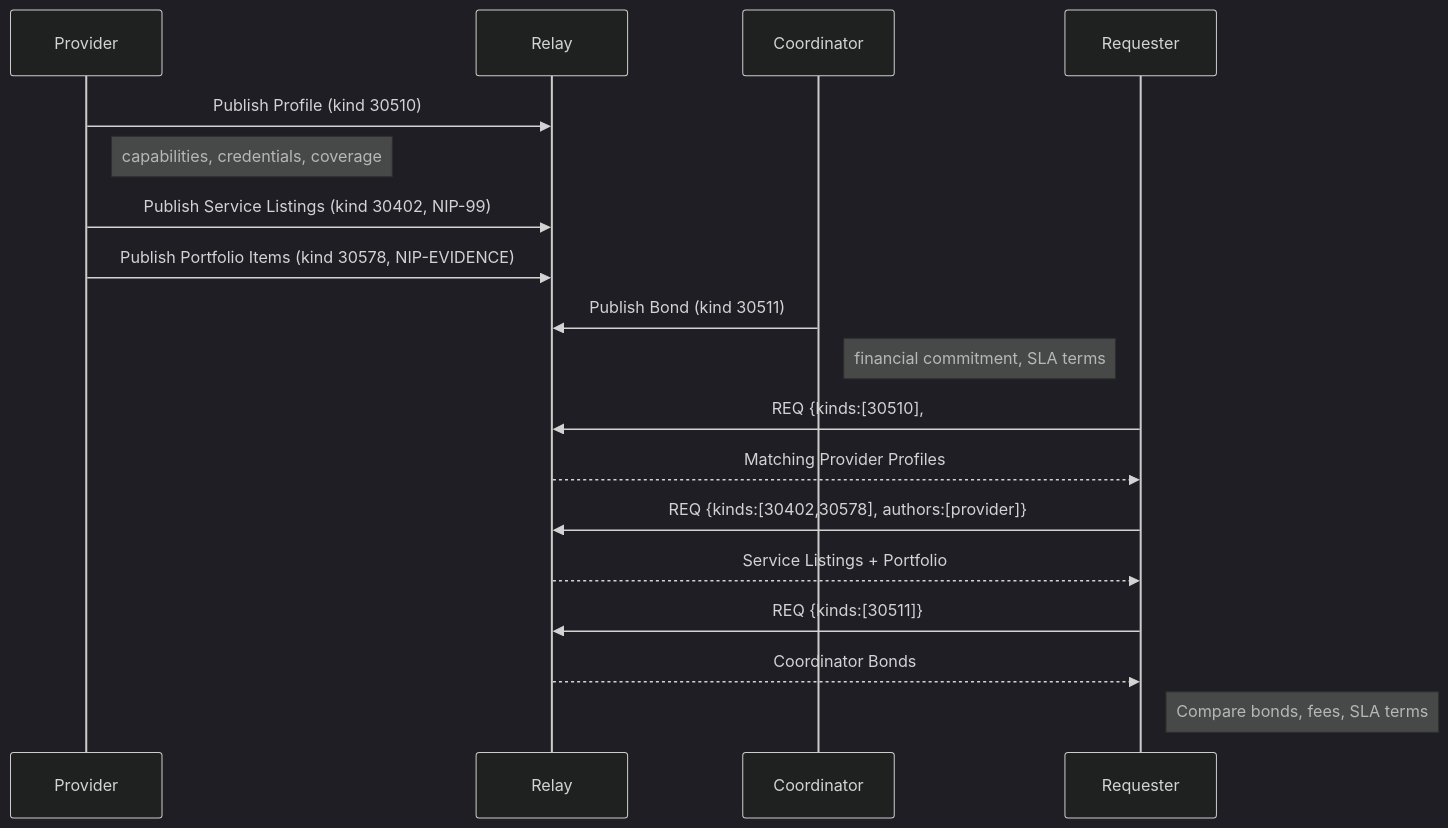
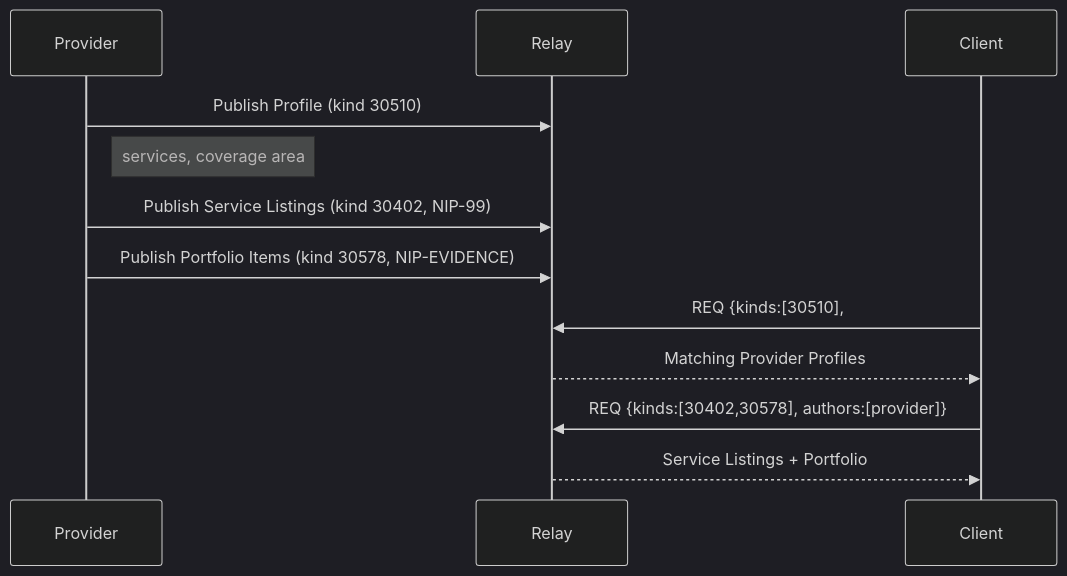
The diagram in nips/NIP-PROVIDER-PROFILES.md (forgesworn/nip-drafts), drawn with Mermaid (dark theme) before and after one commit. The commit also changed other lines of this file and 26 other files, not shown here.

````diff
--- a/nips/NIP-PROVIDER-PROFILES.md
+++ b/nips/NIP-PROVIDER-PROFILES.md
@@ -434,22 +437,16 @@
 ```mermaid
 sequenceDiagram
     participant Provider
     participant Relay
-    participant Coordinator
-    participant Requester
+    participant Client
 
     Provider->>Relay: Publish Profile (kind 30510)
-    Note right of Provider: capabilities, credentials, coverage
+    Note right of Provider: services, coverage area
     Provider->>Relay: Publish Service Listings (kind 30402, NIP-99)
     Provider->>Relay: Publish Portfolio Items (kind 30578, NIP-EVIDENCE)
-    Coordinator->>Relay: Publish Bond (kind 30511)
-    Note right of Coordinator: financial commitment, SLA terms
 
-    Requester->>Relay: REQ {kinds:[30510], #t, #g}
-    Relay-->>Requester: Matching Provider Profiles
-    Requester->>Relay: REQ {kinds:[30402,30578], authors:[provider]}
-    Relay-->>Requester: Service Listings + Portfolio
-    Requester->>Relay: REQ {kinds:[30511]}
-    Relay-->>Requester: Coordinator Bonds
-    Note right of Requester: Compare bonds, fees, SLA terms
+    Client->>Relay: REQ {kinds:[30510], #t, #g}
+    Relay-->>Client: Matching Provider Profiles
+    Client->>Relay: REQ {kinds:[30402,30578], authors:[provider]}
+    Relay-->>Client: Service Listings + Portfolio
 ```
````
